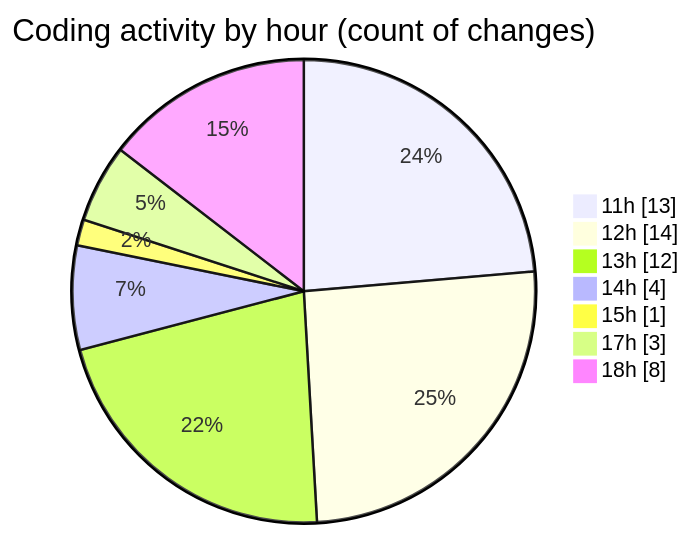
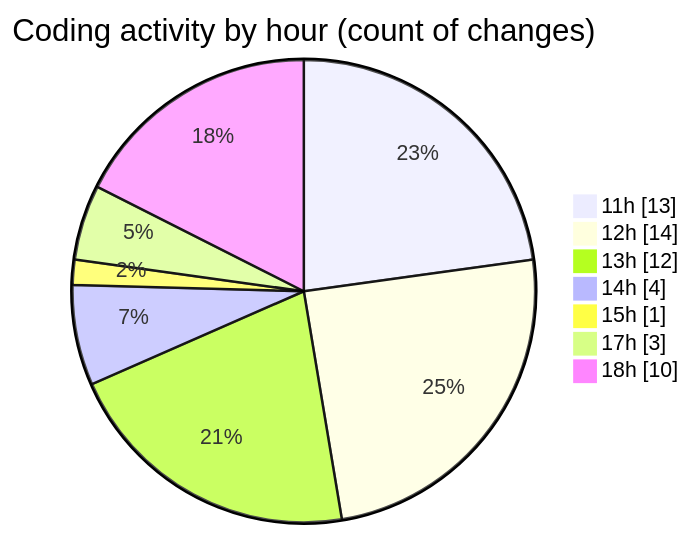
The second of 2 diagrams in 2025-12-29/nxtqube_webapp/README.md (nxtqubesakshisongat/code-tracking), drawn with Mermaid before and after one commit. The commit also changed other lines of this file and 1 other file, not shown here.

````diff
--- a/2025-12-29/nxtqube_webapp/README.md
+++ b/2025-12-29/nxtqube_webapp/README.md
@@ -33,11 +33,11 @@
 ```mermaid
 pie showData
 title Coding activity by hour (count of changes)
 "11h" : 13
 "12h" : 14
 "13h" : 12
 "14h" : 4
 "15h" : 1
 "17h" : 3
-"18h" : 8
+"18h" : 10
 ```
````
